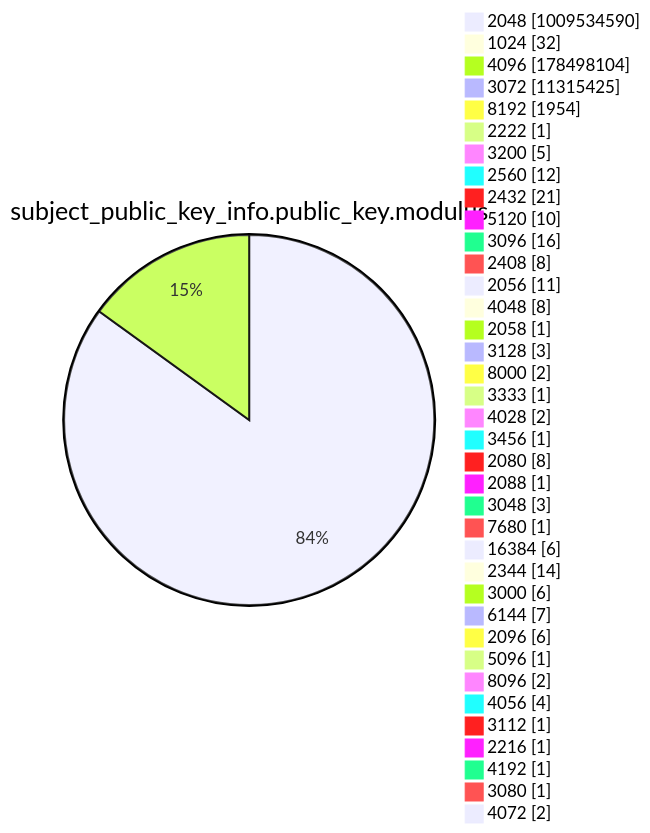
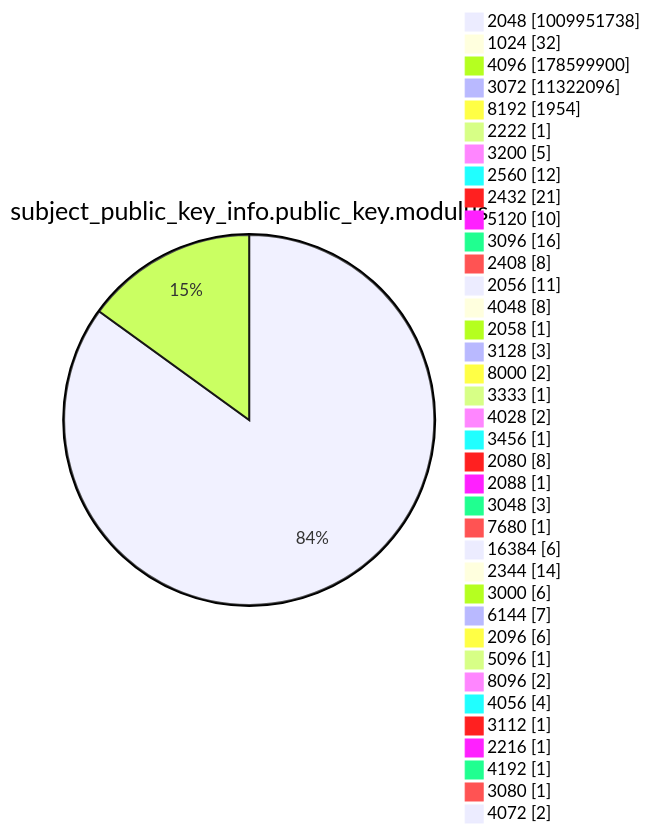
One commit to christiankrug/ctmonitor_visualization changed diagram 13 of 15 in argon2022/README.md. Above: the diagram before and after it, drawn with Mermaid. The commit also changed other lines of this file, not shown here.

````diff
--- a/argon2022/README.md
+++ b/argon2022/README.md
@@ -3588,41 +3588,41 @@
 ```mermaid
 pie showData
 title subject_public_key_info.public_key.modulus
-"2048" :1009534590
+"2048" :1009951738
 "1024" :32
-"4096" :178498104
-"3072" :11315425
+"4096" :178599900
+"3072" :11322096
 "8192" :1954
 "2222" :1
 "3200" :5
 "2560" :12
 "2432" :21
 "5120" :10
 "3096" :16
 "2408" :8
 "2056" :11
 "4048" :8
 "2058" :1
 "3128" :3
 "8000" :2
 "3333" :1
 "4028" :2
 "3456" :1
 "2080" :8
 "2088" :1
 "3048" :3
 "7680" :1
 "16384" :6
 "2344" :14
 "3000" :6
 "6144" :7
 "2096" :6
 "5096" :1
 "8096" :2
 "4056" :4
 "3112" :1
 "2216" :1
 "4192" :1
 "3080" :1
 "4072" :2
 ```
````
